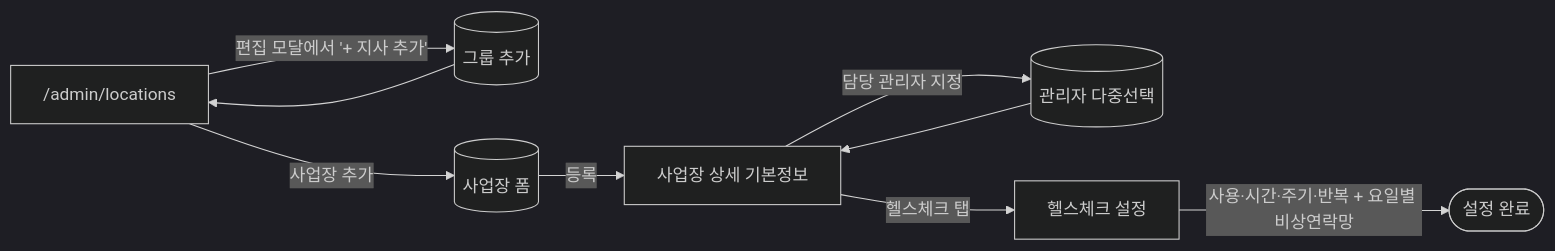
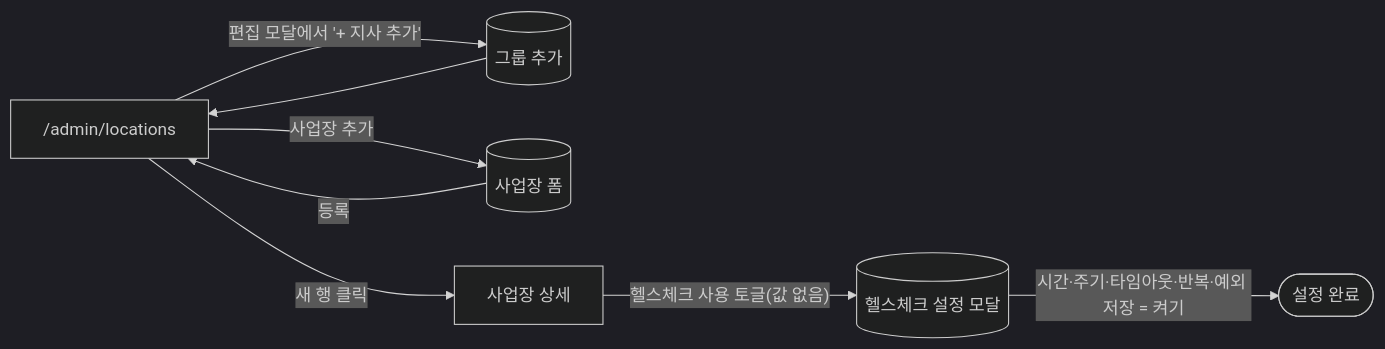
One commit to S-Tec-System-R-D/s-patrol_fe changed diagram 11 of 15 in docs/flow.md. Above: the diagram before and after it, drawn with Mermaid. The commit also changed other lines of this file and 6 other files, not shown here.

Commit message:
docs : spec 044 — 문서 동기화(CLAUDE.md 에러 4종 · screens · flow · data-model · roadmap) · DoD 19/19 · 이월 (T811~T814)

````diff
--- a/docs/flow.md
+++ b/docs/flow.md
@@ -319,12 +320,11 @@
 ```mermaid
 %%{init: {'theme':'dark'}}%%
 flowchart LR
     A["/admin/locations"] -- "편집 모달에서 '+ 지사 추가'" --> B[(그룹 추가)]
     B --> A
     A -- "사업장 추가" --> C[(사업장 폼)]
-    C -- 등록 --> D[사업장 상세 기본정보]
-    D -- "담당 관리자 지정" --> E[(관리자 다중선택)]
-    E --> D
-    D -- "헬스체크 탭" --> F[헬스체크 설정]
-    F -- "사용·시간·주기·반복 + 요일별 비상연락망" --> G([설정 완료])
+    C -- 등록 --> A
+    A -- 새 행 클릭 --> D[사업장 상세]
+    D -- "헬스체크 사용 토글(값 없음)" --> F[(헬스체크 설정 모달)]
+    F -- "시간·주기·타임아웃·반복·예외 저장 = 켜기" --> G([설정 완료])
 ```
````
